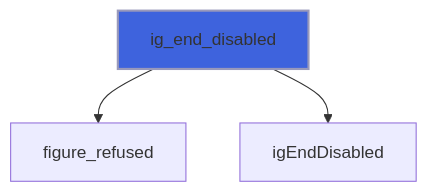
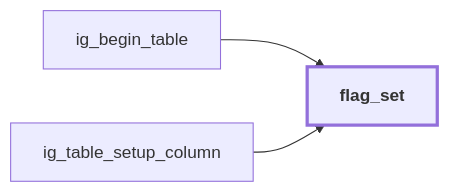
One commit to szaghi/figure changed diagram 20 of 40 in docs/api/src/lib/figure_group.md. Above: the diagram before and after it, drawn with Mermaid. The commit also changed other lines of this file and 54 other files, not shown here.

````diff
--- a/docs/api/src/lib/figure_group.md
+++ b/docs/api/src/lib/figure_group.md
@@ -489,6 +769,9 @@
 ```mermaid
-flowchart TD
-  ig_end_disabled["ig_end_disabled"] --> figure_refused["figure_refused"]
-  ig_end_disabled["ig_end_disabled"] --> igEndDisabled["igEndDisabled"]
-  style ig_end_disabled fill:#3e63dd,stroke:#99b,stroke-width:2px
+flowchart LR
+  ig_begin_table["ig_begin_table"] --> flag_set["flag_set"]
+  ig_table_setup_column["ig_table_setup_column"] --> flag_set["flag_set"]
+  classDef focus stroke-width:3px,font-weight:bold
+  class flag_set focus
+  click ig_begin_table href "#ig-begin-table" "ig_begin_table"
+  click ig_table_setup_column href "#ig-table-setup-column" "ig_table_setup_column"
 ```
````
